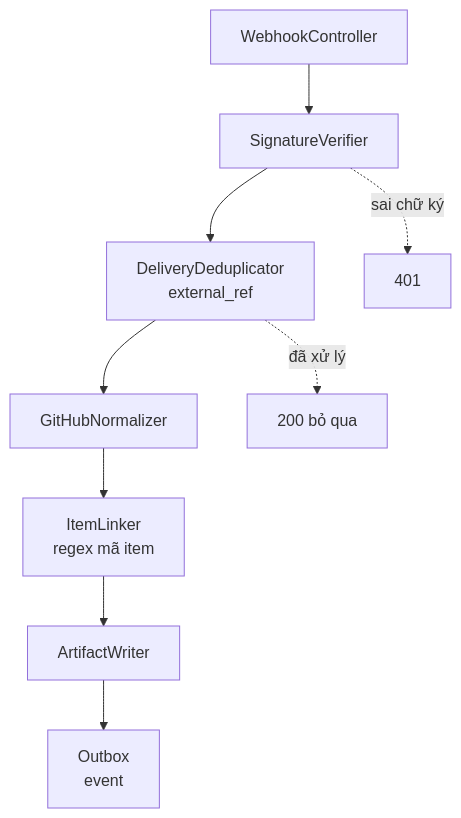
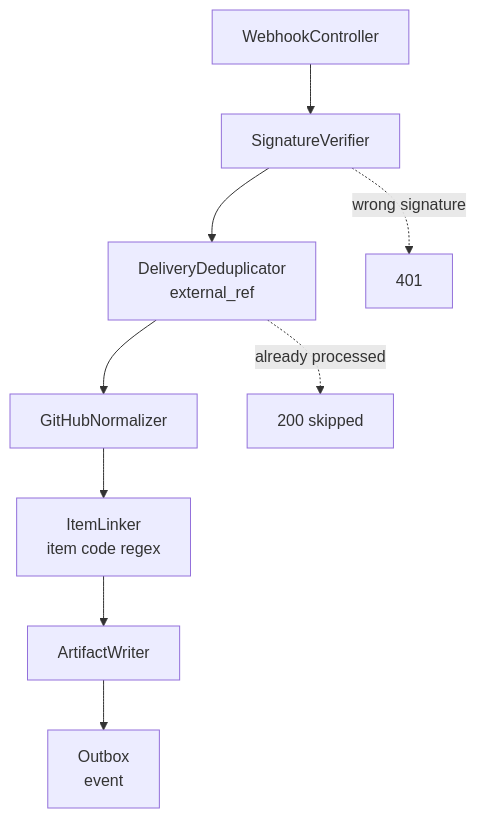
Before and after one commit to tungld9999blacksmith/Strata: diagram 15 of 21 in README.md, drawn with Mermaid. The commit also changed other lines of this file and 13 other files, not shown here.

````diff
--- a/README.md
+++ b/README.md
@@ -1040,11 +1040,11 @@
 ```mermaid
 flowchart TB
     R["WebhookController"] --> V["SignatureVerifier"]
     V --> D["DeliveryDeduplicator<br/>external_ref"]
     D --> N["GitHubNormalizer"]
-    N --> L["ItemLinker<br/>regex mã item"]
+    N --> L["ItemLinker<br/>item code regex"]
     L --> W["ArtifactWriter"]
     W --> O["Outbox<br/>event"]
-    D -. "đã xử lý" .-> OK["200 bỏ qua"]
-    V -. "sai chữ ký" .-> E["401"]
+    D -. "already processed" .-> OK["200 skipped"]
+    V -. "wrong signature" .-> E["401"]
 ```
````
